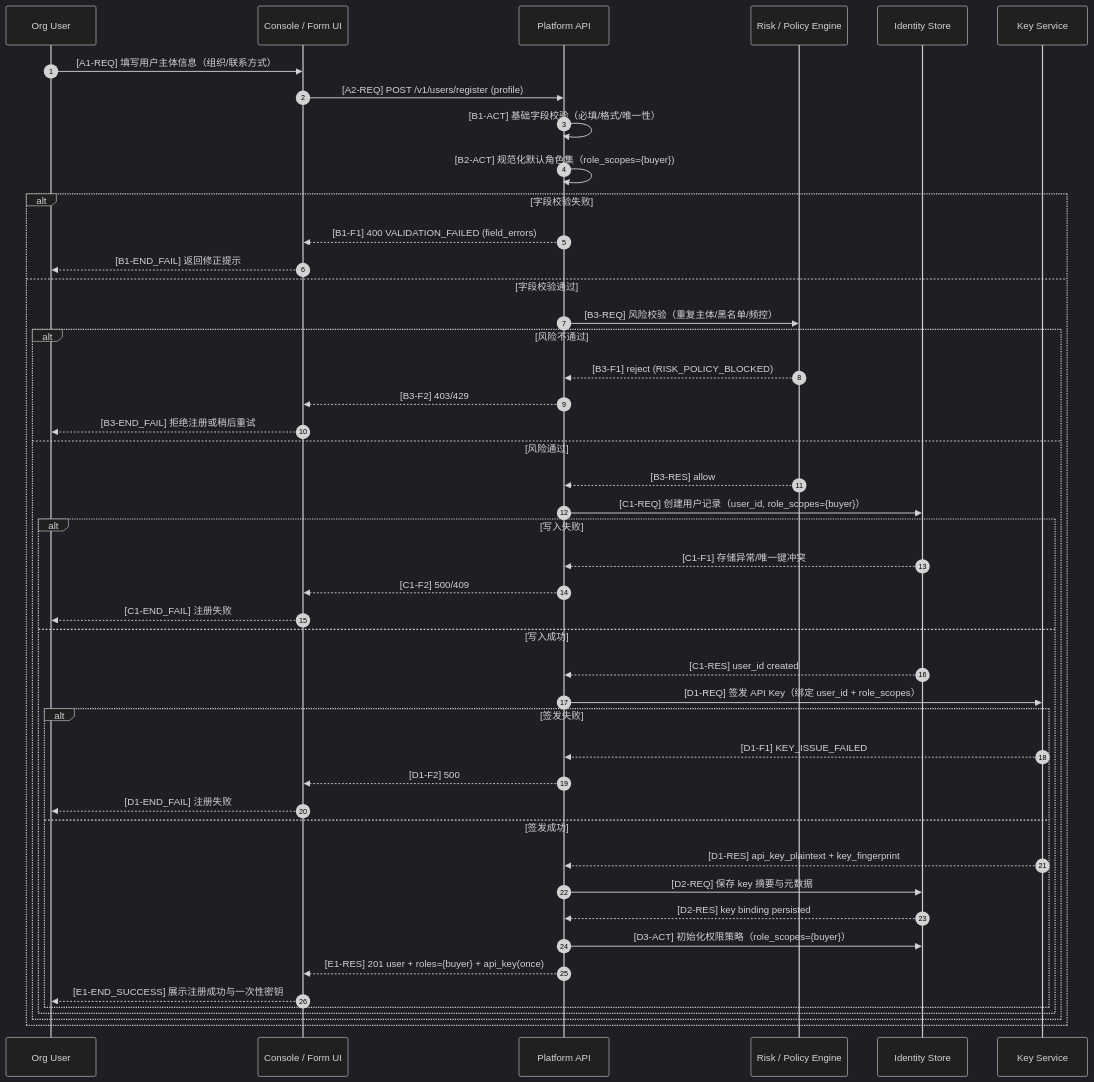
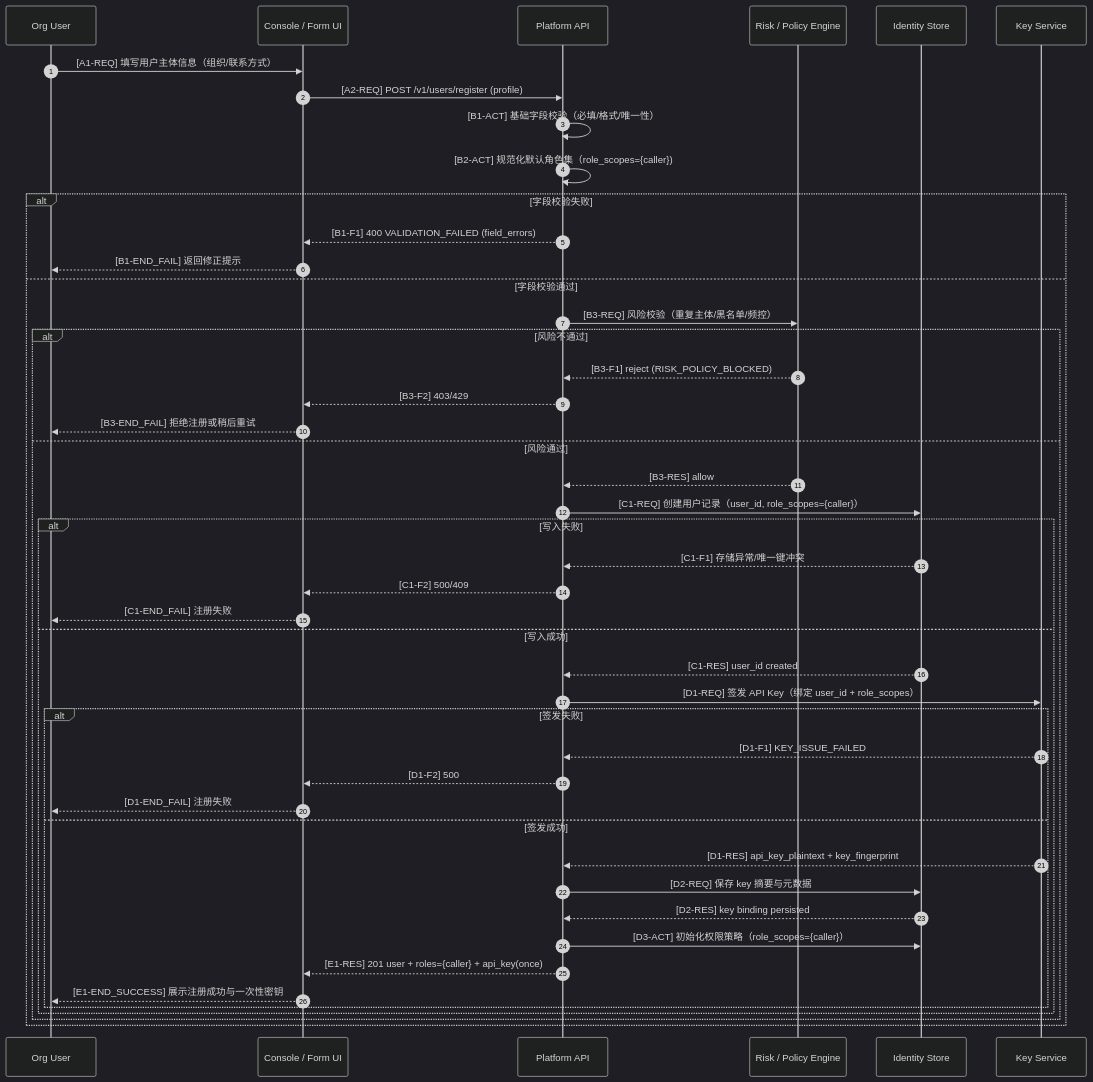
One commit to hejiajiudeeyu/delegated-execution-protocol changed the diagram in docs/current/diagrams/user-registration-call-flow.md. Above: the diagram before and after it, drawn with Mermaid (dark theme). The commit also changed other lines of this file and 110 other files, not shown here.

````diff
--- a/docs/current/diagrams/user-registration-call-flow.md
+++ b/docs/current/diagrams/user-registration-call-flow.md
@@ -30,54 +30,54 @@
 ```mermaid
 sequenceDiagram
     autonumber
     participant U as Org User
     participant APP as Console / Form UI
     participant P as Platform API
     participant R as Risk / Policy Engine
     participant DB as Identity Store
     participant KMS as Key Service
 
     U->>APP: [A1-REQ] 填写用户主体信息（组织/联系方式）
     APP->>P: [A2-REQ] POST /v1/users/register (profile)
 
     P->>P: [B1-ACT] 基础字段校验（必填/格式/唯一性）
-    P->>P: [B2-ACT] 规范化默认角色集（role_scopes={buyer})
+    P->>P: [B2-ACT] 规范化默认角色集（role_scopes={caller})
 
     alt 字段校验失败
         P-->>APP: [B1-F1] 400 VALIDATION_FAILED (field_errors)
         APP-->>U: [B1-END_FAIL] 返回修正提示
     else 字段校验通过
         P->>R: [B3-REQ] 风险校验（重复主体/黑名单/频控）
         alt 风险不通过
             R-->>P: [B3-F1] reject (RISK_POLICY_BLOCKED)
             P-->>APP: [B3-F2] 403/429
             APP-->>U: [B3-END_FAIL] 拒绝注册或稍后重试
         else 风险通过
             R-->>P: [B3-RES] allow
 
-            P->>DB: [C1-REQ] 创建用户记录（user_id, role_scopes={buyer}）
+            P->>DB: [C1-REQ] 创建用户记录（user_id, role_scopes={caller}）
             alt 写入失败
                 DB-->>P: [C1-F1] 存储异常/唯一键冲突
                 P-->>APP: [C1-F2] 500/409
                 APP-->>U: [C1-END_FAIL] 注册失败
             else 写入成功
                 DB-->>P: [C1-RES] user_id created
 
                 P->>KMS: [D1-REQ] 签发 API Key（绑定 user_id + role_scopes）
                 alt 签发失败
                     KMS-->>P: [D1-F1] KEY_ISSUE_FAILED
                     P-->>APP: [D1-F2] 500
                     APP-->>U: [D1-END_FAIL] 注册失败
                 else 签发成功
                     KMS-->>P: [D1-RES] api_key_plaintext + key_fingerprint
                     P->>DB: [D2-REQ] 保存 key 摘要与元数据
                     DB-->>P: [D2-RES] key binding persisted
-                    P->>DB: [D3-ACT] 初始化权限策略（role_scopes={buyer}）
+                    P->>DB: [D3-ACT] 初始化权限策略（role_scopes={caller}）
 
-                    P-->>APP: [E1-RES] 201 user + roles={buyer} + api_key(once)
+                    P-->>APP: [E1-RES] 201 user + roles={caller} + api_key(once)
                     APP-->>U: [E1-END_SUCCESS] 展示注册成功与一次性密钥
                 end
             end
         end
     end
 ```
````
